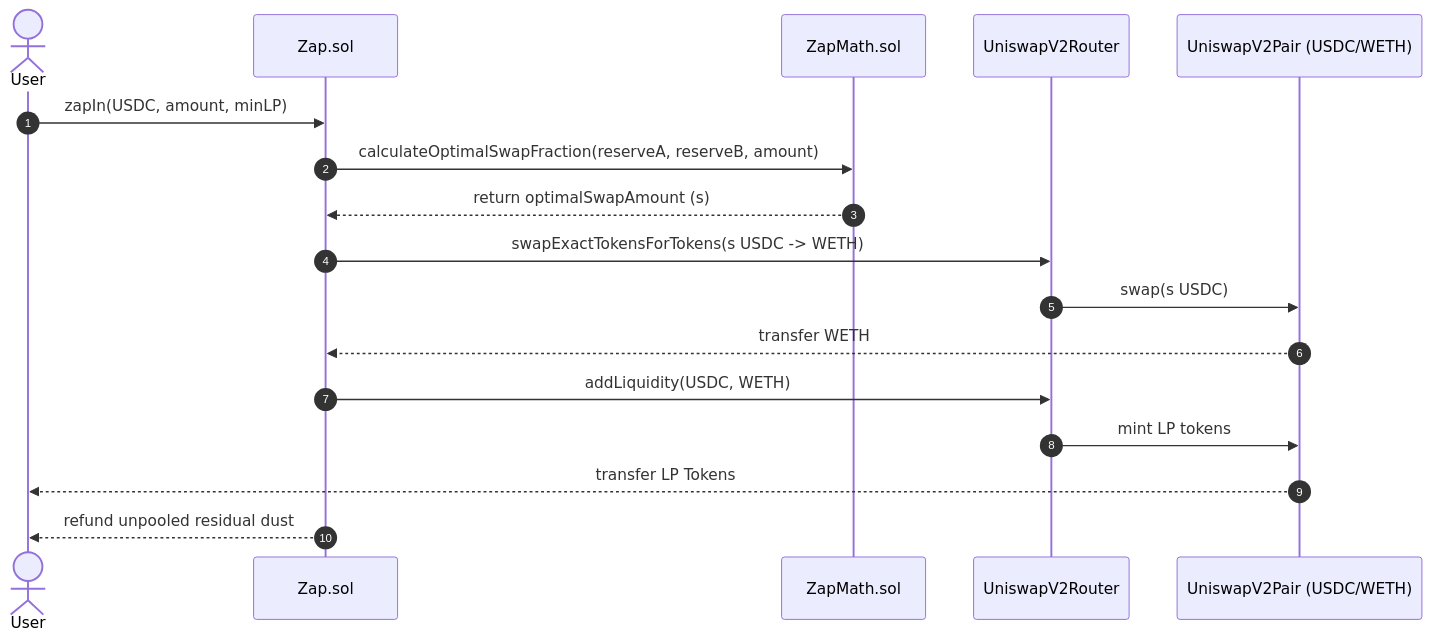
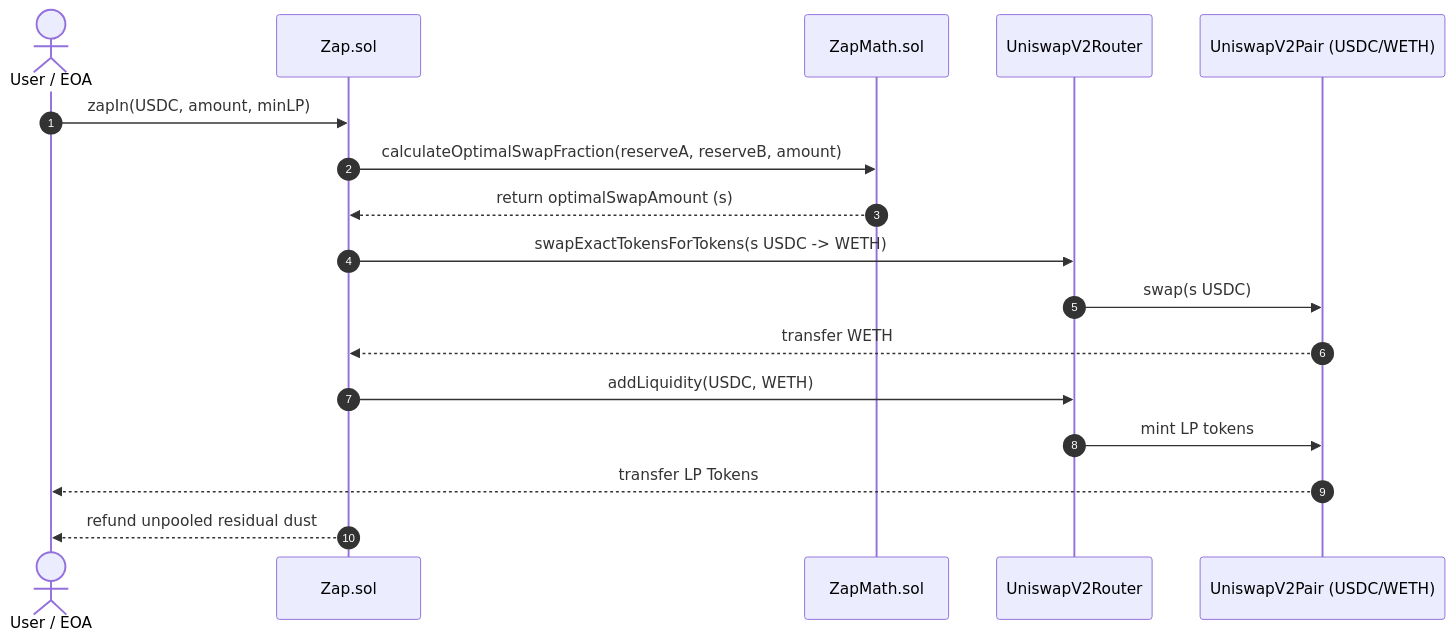
The second of 4 diagrams in README.md (Jash-Bohare/Zapline), drawn with Mermaid before and after one commit. The commit also changed other lines of this file, not shown here.

Commit message:
docs: fix Mermaid syntax, simplify deployment table to BaseScan only, and adopt neutral solo developer voice

````diff
--- a/README.md
+++ b/README.md
@@ -84,20 +84,20 @@
 ```mermaid
 sequenceDiagram
     autonumber
-    actor User
+    actor User as User / EOA
     participant Zap as Zap.sol
     participant ZapMath as ZapMath.sol
     participant Router as UniswapV2Router
     participant Pair as UniswapV2Pair (USDC/WETH)
 
     User->>Zap: zapIn(USDC, amount, minLP)
     Zap->>ZapMath: calculateOptimalSwapFraction(reserveA, reserveB, amount)
     ZapMath-->>Zap: return optimalSwapAmount (s)
     Zap->>Router: swapExactTokensForTokens(s USDC -> WETH)
     Router->>Pair: swap(s USDC)
     Pair-->>Zap: transfer WETH
     Zap->>Router: addLiquidity(USDC, WETH)
     Router->>Pair: mint LP tokens
     Pair-->>User: transfer LP Tokens
     Zap-->>User: refund unpooled residual dust
 ```
````
